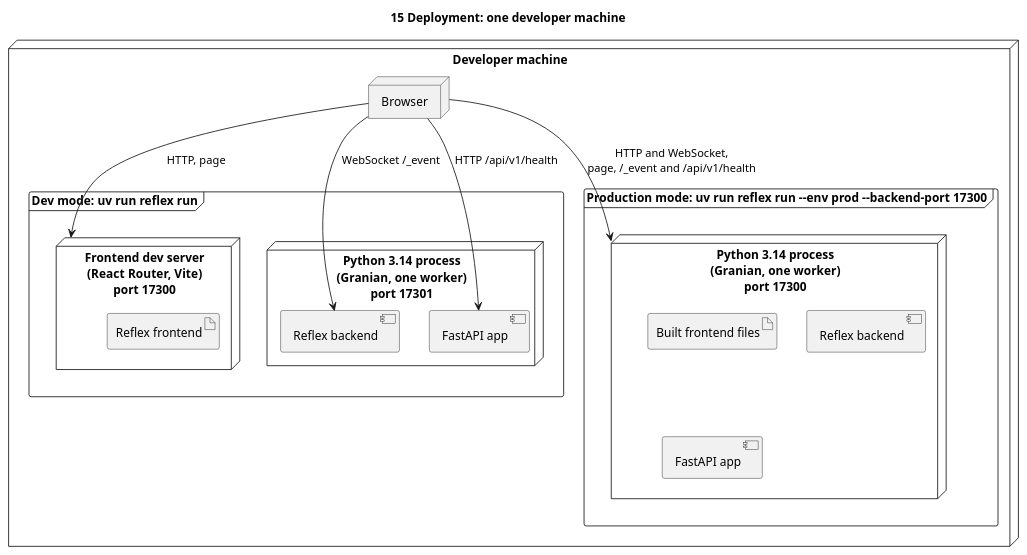
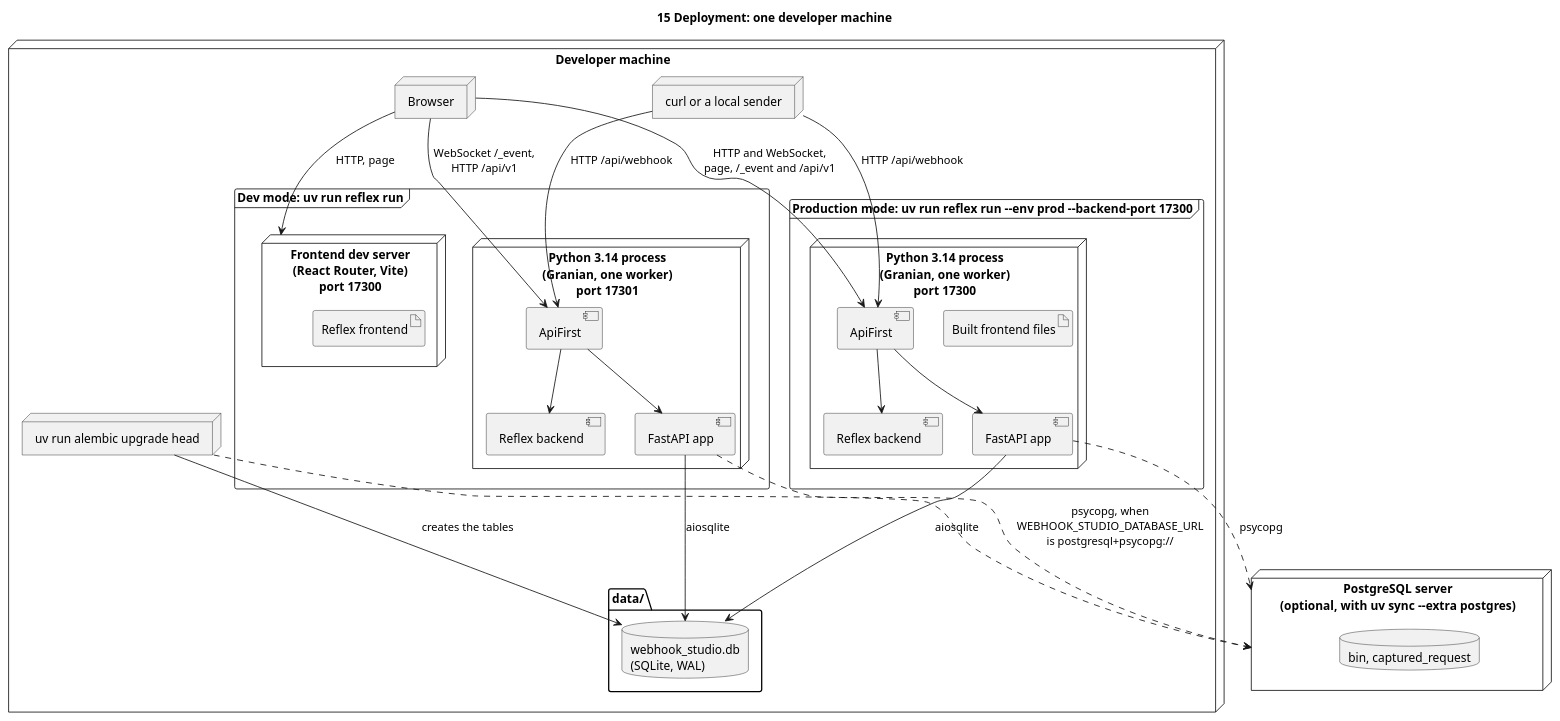
One commit to Nikhil-Raphy/reflex-fastapi-webhook-studio changed the diagram in docs/diagrams/15-deployment.puml. Above: the diagram before and after it, drawn with PlantUML. The commit also changed 67 other files, not shown here.

```diff
--- a/docs/diagrams/15-deployment.puml
+++ b/docs/diagrams/15-deployment.puml
@@ -1,31 +1,54 @@
 @startuml 15-deployment
 title 15 Deployment: one developer machine
 
 node "Developer machine" {
   node "Browser" as browser
+  node "curl or a local sender" as sender
 
   frame "Dev mode: uv run reflex run" {
     node "Frontend dev server\n(React Router, Vite)\nport 17300" as devserver {
       artifact "Reflex frontend" as frontend_dev
     }
     node "Python 3.14 process\n(Granian, one worker)\nport 17301" as backend_dev {
+      component "ApiFirst" as first_dev
       component "Reflex backend" as reflex_dev
       component "FastAPI app" as api_dev
     }
   }
 
   frame "Production mode: uv run reflex run ~--env prod ~--backend-port 17300" {
     node "Python 3.14 process\n(Granian, one worker)\nport 17300" as backend_prod {
       artifact "Built frontend files" as frontend_prod
+      component "ApiFirst" as first_prod
       component "Reflex backend" as reflex_prod
       component "FastAPI app" as api_prod
     }
   }
+
+  folder "data/" {
+    database "webhook_studio.db\n(SQLite, WAL)" as sqlite
+  }
+  node "uv run alembic upgrade head" as migrate
+}
+
+node "PostgreSQL server\n(optional, with uv sync ~--extra postgres)" as postgres {
+  database "bin, captured_request" as pg_tables
 }
 
 browser --> devserver : HTTP, page
-browser --> reflex_dev : WebSocket /_event
-browser --> api_dev : HTTP /api/v1/health
-browser --> backend_prod : HTTP and WebSocket,\npage, /_event and /api/v1/health
+browser --> first_dev : WebSocket /_event,\nHTTP /api/v1
+sender --> first_dev : HTTP /api/webhook
+first_dev --> reflex_dev
+first_dev --> api_dev
+browser --> first_prod : HTTP and WebSocket,\npage, /_event and /api/v1
+sender --> first_prod : HTTP /api/webhook
+first_prod --> reflex_prod
+first_prod --> api_prod
+api_dev --> sqlite : aiosqlite
+api_prod --> sqlite : aiosqlite
+migrate --> sqlite : creates the tables
+api_dev ..> postgres : psycopg, when\nWEBHOOK_STUDIO_DATABASE_URL\nis postgresql+psycopg://
+api_prod ..> postgres : psycopg
+migrate ..> postgres
 
 @enduml
```
